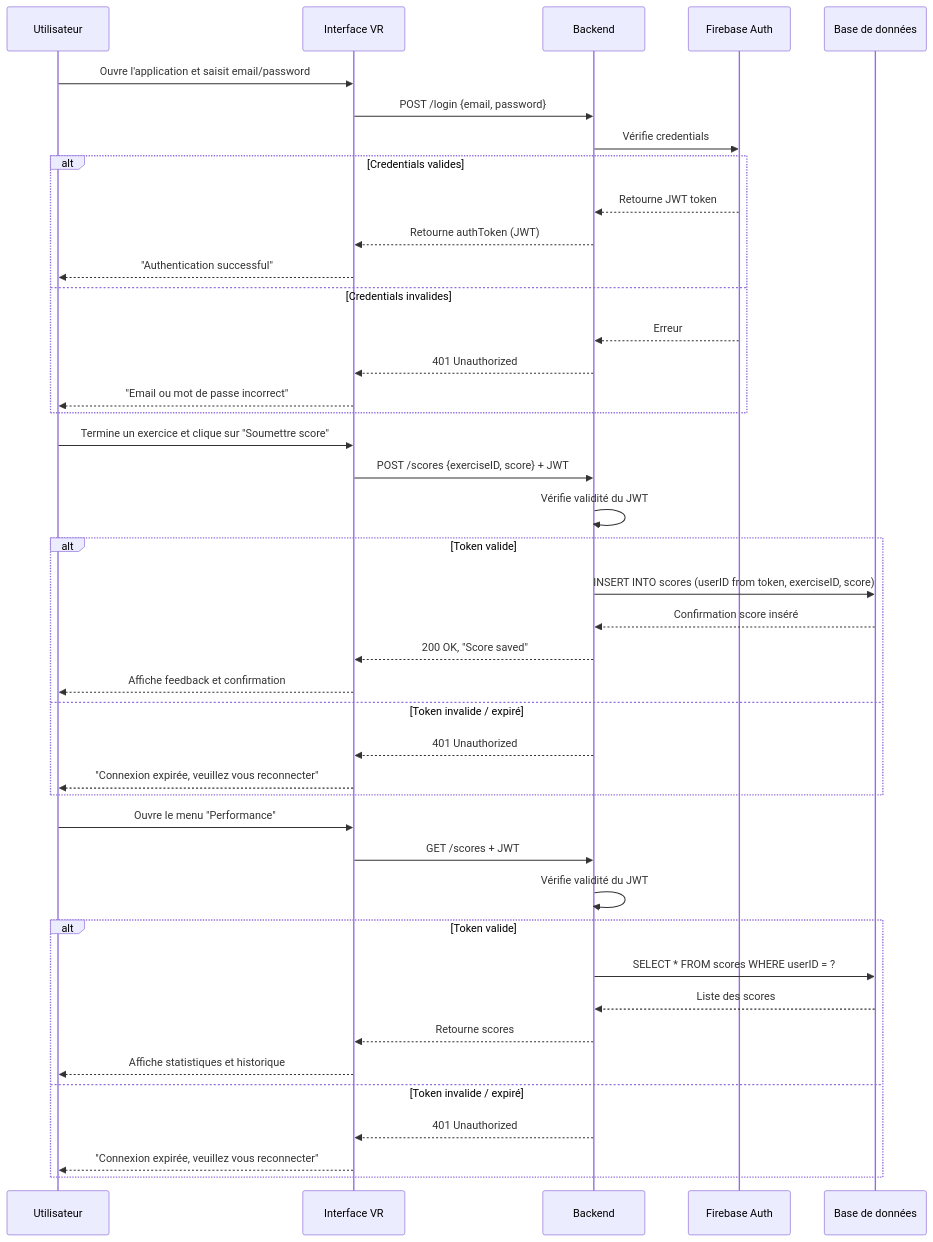
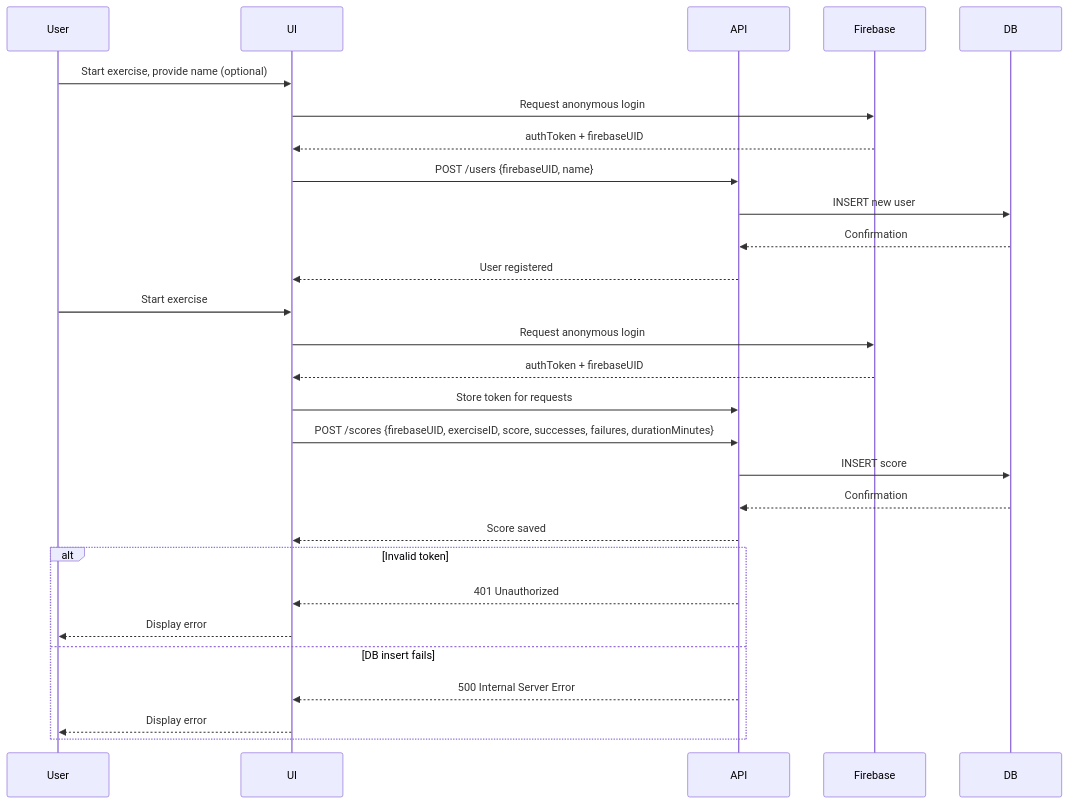
Before and after one commit to Sweetyamnesia/BrainBoostVR: the third of 3 diagrams in portfolio-project/Technical_documentation.md, drawn with Mermaid. The commit also changed other lines of this file, not shown here.

Commit message:
docs: update BrainBoostVR technical documentation with ERD, sequence diagrams, SQL schema, API endpoints, and Firebase auth

````diff
--- a/portfolio-project/Technical_documentation.md
+++ b/portfolio-project/Technical_documentation.md
@@ -173,56 +222,38 @@
 ```mermaid
 sequenceDiagram
-    participant User as Utilisateur
-    participant UI as Interface VR
-    participant API as Backend
-    participant Firebase as Firebase Auth
-    participant DB as Base de données
+    participant User
+    participant UI
+    participant API
+    participant Firebase
+    participant DB
 
-    %% =========================
-    %% Use Case 1: Login / Authentication
-    %% =========================
-    User->>UI: Ouvre l'application et saisit email/password
-    UI->>API: POST /login {email, password}
-    API->>Firebase: Vérifie credentials
-    alt Credentials valides
-        Firebase-->>API: Retourne JWT token
-        API-->>UI: Retourne authToken (JWT)
-        UI-->>User: "Authentication successful"
-    else Credentials invalides
-        Firebase-->>API: Erreur
+    %% Signup (Anonymous)
+    User->>UI: Start exercise, provide name (optional)
+    UI->>Firebase: Request anonymous login
+    Firebase-->>UI: authToken + firebaseUID
+    UI->>API: POST /users {firebaseUID, name}
+    API->>DB: INSERT new user
+    DB-->>API: Confirmation
+    API-->>UI: User registered
+
+    %% Login (Anonymous)
+    User->>UI: Start exercise
+    UI->>Firebase: Request anonymous login
+    Firebase-->>UI: authToken + firebaseUID
+    UI->>API: Store token for requests
+
+    %% Exercise completion
+    UI->>API: POST /scores {firebaseUID, exerciseID, score, successes, failures, durationMinutes}
+    API->>DB: INSERT score
+    DB-->>API: Confirmation
+    API-->>UI: Score saved
+
+    %% Error handling
+    alt Invalid token
         API-->>UI: 401 Unauthorized
-        UI-->>User: "Email ou mot de passe incorrect"
-    end
-
-    %% =========================
-    %% Use Case 2: Completes an exercise
-    %% =========================
-    User->>UI: Termine un exercice et clique sur "Soumettre score"
-    UI->>API: POST /scores {exerciseID, score} + JWT
-    API->>API: Vérifie validité du JWT
-    alt Token valide
-        API->>DB: INSERT INTO scores (userID from token, exerciseID, score)
-        DB-->>API: Confirmation score inséré
-        API-->>UI: 200 OK, "Score saved"
-        UI-->>User: Affiche feedback et confirmation
-    else Token invalide / expiré
-        API-->>UI: 401 Unauthorized
-        UI-->>User: "Connexion expirée, veuillez vous reconnecter"
-    end
-
-    %% =========================
-    %% Use Case 3: View performance / scores
-    %% =========================
-    User->>UI: Ouvre le menu "Performance"
-    UI->>API: GET /scores + JWT
-    API->>API: Vérifie validité du JWT
-    alt Token valide
-        API->>DB: SELECT * FROM scores WHERE userID = ?
-        DB-->>API: Liste des scores
-        API-->>UI: Retourne scores
-        UI-->>User: Affiche statistiques et historique
-    else Token invalide / expiré
-        API-->>UI: 401 Unauthorized
-        UI-->>User: "Connexion expirée, veuillez vous reconnecter"
+        UI-->>User: Display error
+    else DB insert fails
+        API-->>UI: 500 Internal Server Error
+        UI-->>User: Display error
     end
 ```
````
